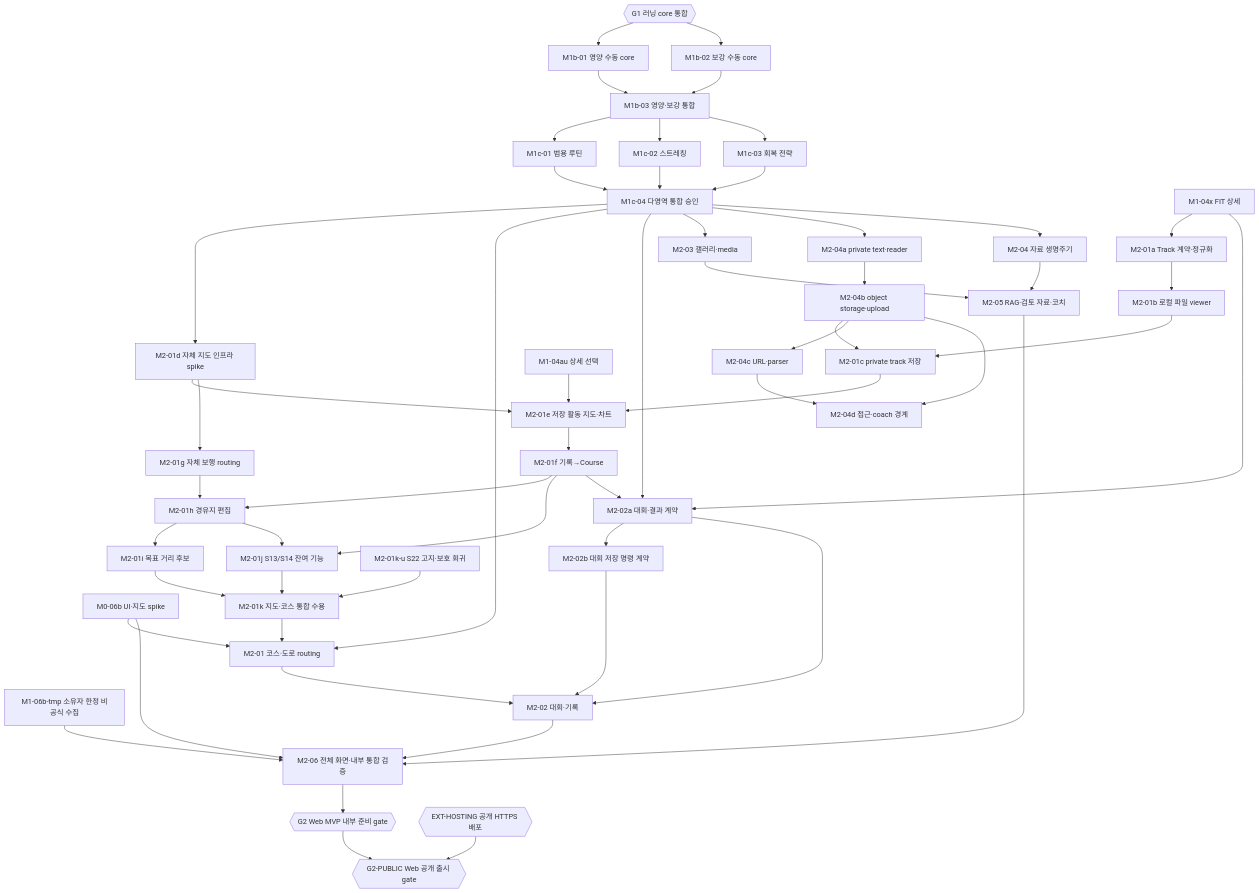
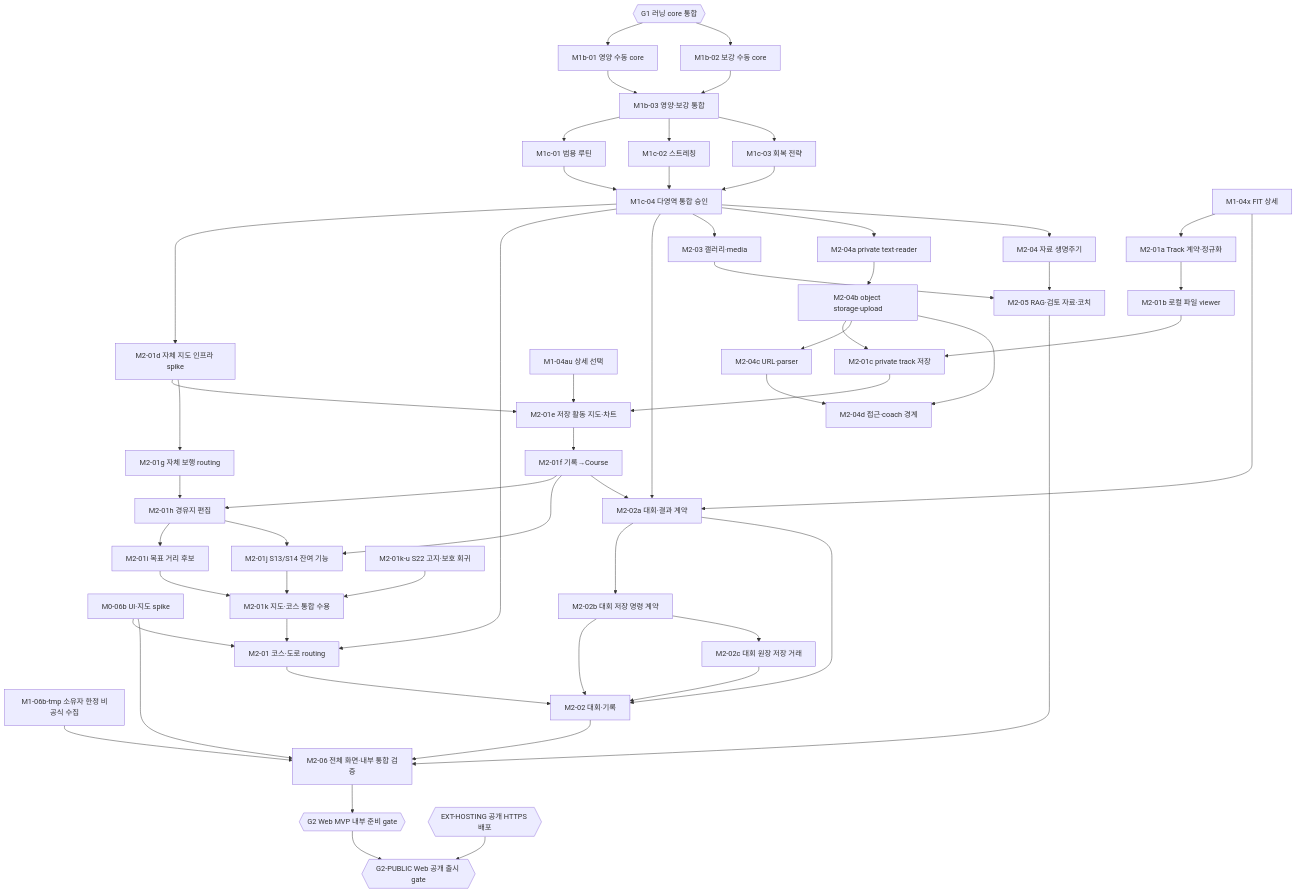
The third of 4 diagrams in docs/implementation/task-graph.md (peacecheejecake/workout-manager), drawn with Mermaid before and after one commit. The commit also changed other lines of this file and 14 other files, not shown here.

```diff
--- a/docs/implementation/task-graph.md
+++ b/docs/implementation/task-graph.md
@@ -497,6 +497,9 @@
     task27b["M2-02b 대회 저장 명령 계약"]
     task27a --> task27b
     task27b --> task27
+    task27c["M2-02c 대회 원장 저장 거래"]
+    task27b --> task27c
+    task27c --> task27
     task28["M2-03 갤러리·media"]
     task29["M2-04 자료 생명주기"]
     task29a["M2-04a private text·reader"]
```
